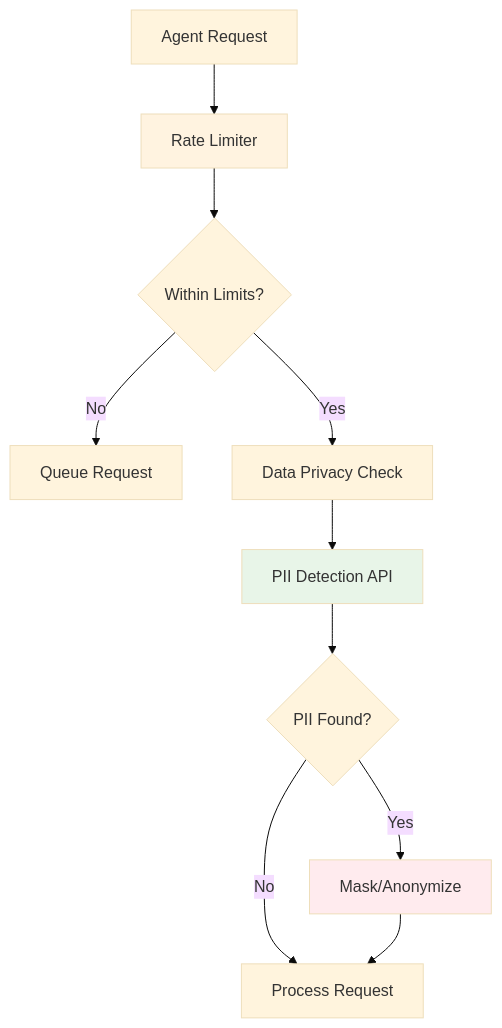
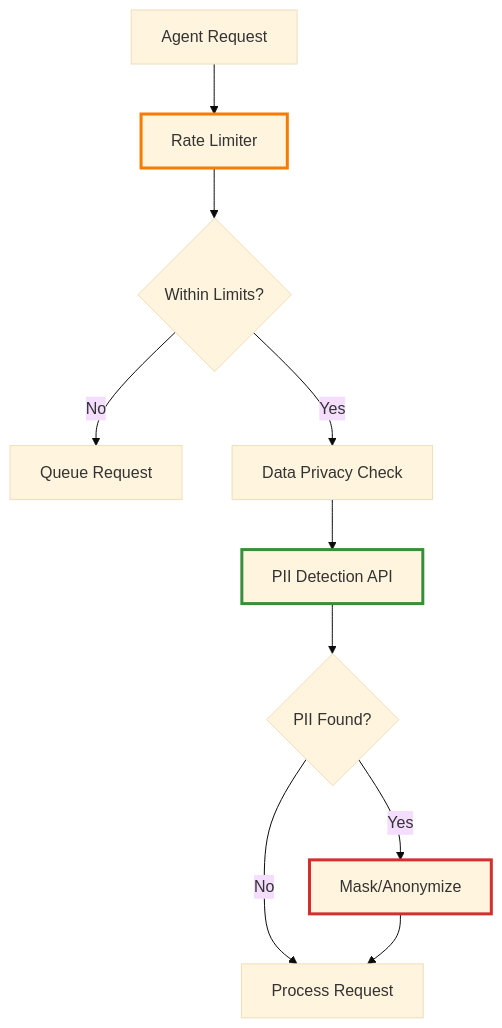
The fifth of 7 diagrams in README.md (dextersjab/agentic-workbench-langgraph), drawn with Mermaid (base theme) before and after one commit. The commit also changed other lines of this file, not shown here.

````diff
--- a/README.md
+++ b/README.md
@@ -189,16 +189,16 @@
 ```mermaid
 graph TD
     A[Agent Request] --> B[Rate Limiter]
     B --> C{Within Limits?}
     C -->|No| D[Queue Request]
     C -->|Yes| E[Data Privacy Check]
     E --> F[PII Detection API]
     F --> G{PII Found?}
     G -->|Yes| H[Mask/Anonymize]
     G -->|No| I[Process Request]
     H --> I
     
-    style B fill:#fff3e0
-    style F fill:#e8f5e8
-    style H fill:#ffebee
+    style B stroke:#f57c00,stroke-width:3px
+    style F stroke:#388e3c,stroke-width:3px
+    style H stroke:#d32f2f,stroke-width:3px
 ```
````
